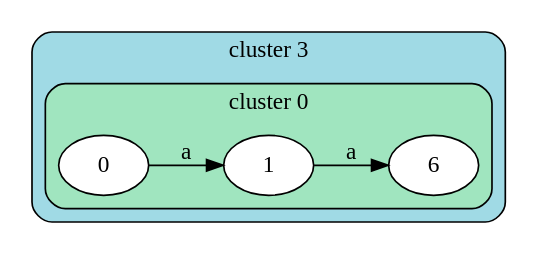
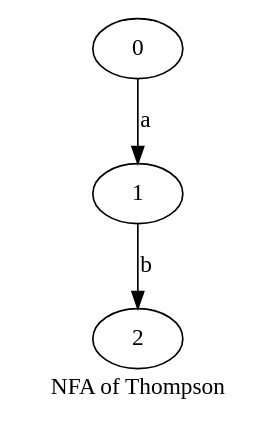
The diagram in Compiladores/digraph finite_state_machine.dot (Andresrodart/Practicas), drawn with Graphviz before and after one commit. The commit also changed 10 other files, not shown here.

```diff
--- a/Compiladores/digraph finite_state_machine.dot
+++ b/Compiladores/digraph finite_state_machine.dot
@@ -1,6 +1,11 @@
-digraph finite_state_machine {
-    rankdir=LR;
-	subgraph cluster_3{style = "rounded,filled";color = "#000000";fillcolor = "0.526 0.3 0.9";node [style = "rounded,filled", color = "#000000", fillcolor = white];1 ; subgraph cluster_0{style = "rounded,filled";color = "#000000";fillcolor = "0.407 0.3 0.9";node [style = "rounded,filled", color = "#000000", fillcolor = white];0  -> 1  [ label = "a" ];label = "cluster 0";} subgraph cluster_0{style = "rounded,filled";color = "#000000";fillcolor = "0.407 0.3 0.9";node [style = "rounded,filled", color = "#000000", fillcolor = white];1  -> 6  [ label = "a" ];label = "cluster 0";} label = "cluster 3";}
-}
+digraph finite_state_machine{
+        style = "rounded,filled";
+        color = "#000000";
+        fillcolor = "0.759 0.3 0.9";
+        node [style = "rounded,filled", color = "#000000", fillcolor = white];
+                0 -> 1 [ label = "a" ];
+        1 -> 2 [ label = "b" ];
+        label = "NFA of Thompson";
+  }
 //dot -Tpng elemplo.gv > salida.png
 //((struct Thompson *)0xb34f90)->expression
```
